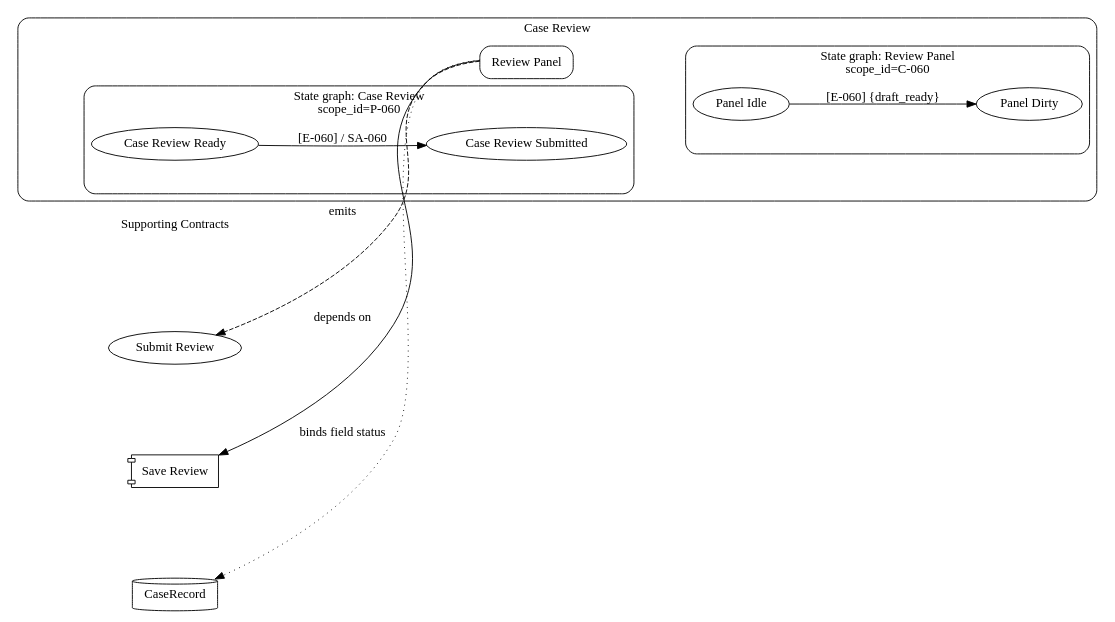
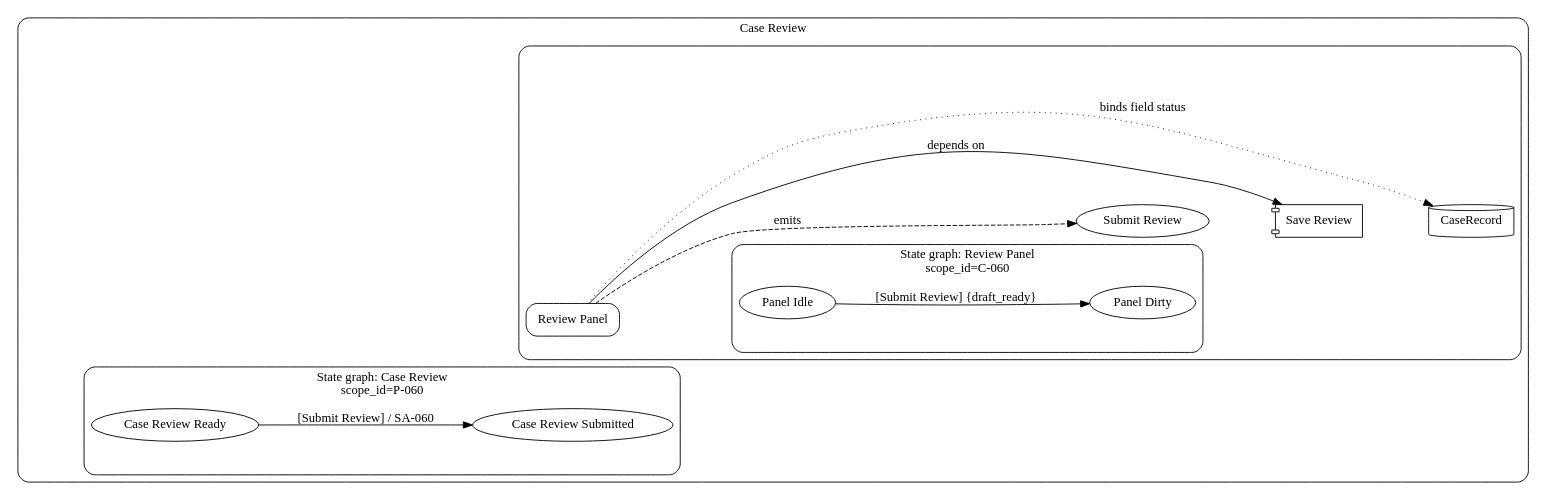
One commit to knutopia/Structured-Design-Documents changed the diagram in examples/rendered/v0.1/ui_contracts_diagram_type/ui_state_fallback_example/simple_profile/ui_state_fallback.ui_contracts.dot. Above: the diagram before and after it, drawn with Graphviz. The commit also changed 32 other files, not shown here.

```diff
--- a/examples/rendered/v0.1/ui_contracts_diagram_type/ui_state_fallback_example/simple_profile/ui_state_fallback.ui_contracts.dot
+++ b/examples/rendered/v0.1/ui_contracts_diagram_type/ui_state_fallback_example/simple_profile/ui_state_fallback.ui_contracts.dot
@@ -1,40 +1,38 @@
 digraph ui_contracts {
   rankdir=LR;
   graph [fontname="Public Sans", compound=true, nodesep=0.7, ranksep=1.0];
   node [fontname="Public Sans"];
   edge [fontname="Public Sans"];
   subgraph cluster_P_060 {
     graph [label="Case Review", style="rounded"];
     "P-060__anchor" [label="", shape="point", width=0, height=0, style="invis"];
     subgraph cluster_secondary_state_group_P_060 {
       graph [label="State graph: Case Review\nscope_id=P-060", style="rounded"];
       "ST-060a" [shape="ellipse", label="Case Review Ready"];
       "ST-060b" [shape="ellipse", label="Case Review Submitted"];
     }
-    "C-060" [shape="box", style="rounded", label="Review Panel"];
-    subgraph cluster_secondary_state_group_C_060 {
-      graph [label="State graph: Review Panel\nscope_id=C-060", style="rounded"];
-      "ST-061a" [shape="ellipse", label="Panel Idle"];
-      "ST-061b" [shape="ellipse", label="Panel Dirty"];
+    subgraph cluster_C_060 {
+      graph [label="", style="rounded"];
+      "C-060" [shape="box", style="rounded", label="Review Panel"];
+      subgraph cluster_secondary_state_group_C_060 {
+        graph [label="State graph: Review Panel\nscope_id=C-060", style="rounded"];
+        "ST-061a" [shape="ellipse", label="Panel Idle"];
+        "ST-061b" [shape="ellipse", label="Panel Dirty"];
+      }
+      "E-060" [shape="oval", label="Submit Review"];
+      "SA-060" [shape="component", label="Save Review"];
+      "D-060" [shape="cylinder", label="CaseRecord"];
     }
   }
-  subgraph rank_supporting_contracts__header {
-    rank=same;
-    "supporting_contracts__header" [shape=plaintext, label="Supporting Contracts"];
-    "E-060" [shape="oval", label="Submit Review"];
-    "SA-060" [shape="component", label="Save Review"];
-    "D-060" [shape="cylinder", label="CaseRecord"];
-  }
-  "P-060__anchor" -> "supporting_contracts__header" [style=invis, weight=100];
   "P-060__anchor" -> "ST-060a" [style=invis, weight=100];
   "ST-060a" -> "C-060" [style=invis, weight=100];
   "C-060" -> "ST-061a" [style=invis, weight=100];
-  "supporting_contracts__header" -> "E-060" [style=invis, weight=100];
+  "ST-061a" -> "E-060" [style=invis, weight=100];
   "E-060" -> "SA-060" [style=invis, weight=100];
   "SA-060" -> "D-060" [style=invis, weight=100];
   "C-060" -> "D-060" [label="binds field status", style="dotted", constraint=false];
   "C-060" -> "SA-060" [label="depends on", constraint=false];
   "C-060" -> "E-060" [label="emits", style="dashed", constraint=false];
-  "ST-060a" -> "ST-060b" [label="[E-060] / SA-060", style="solid", weight=4];
-  "ST-061a" -> "ST-061b" [label="[E-060] {draft_ready}", style="solid", weight=4];
+  "ST-060a" -> "ST-060b" [label="[Submit Review] / SA-060", style="solid", weight=4];
+  "ST-061a" -> "ST-061b" [label="[Submit Review] {draft_ready}", style="solid", weight=4];
 }
```
